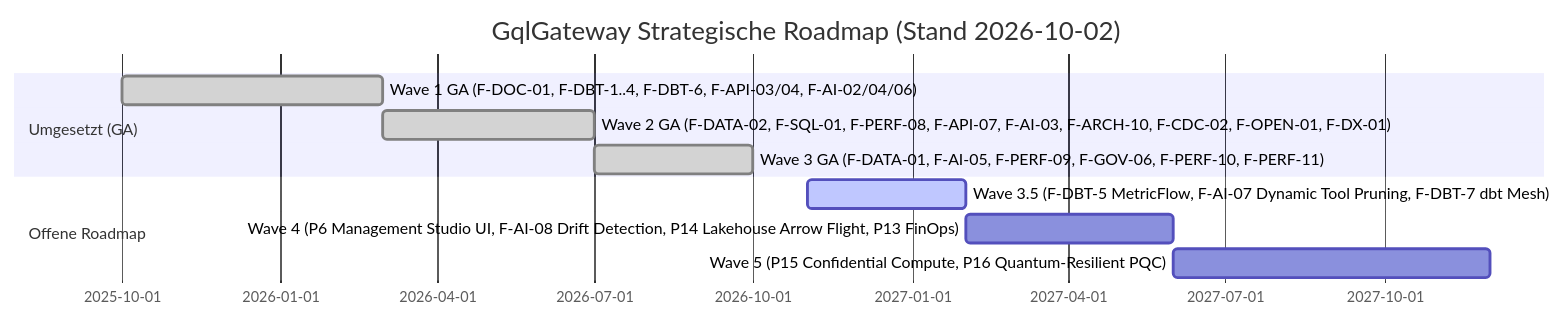
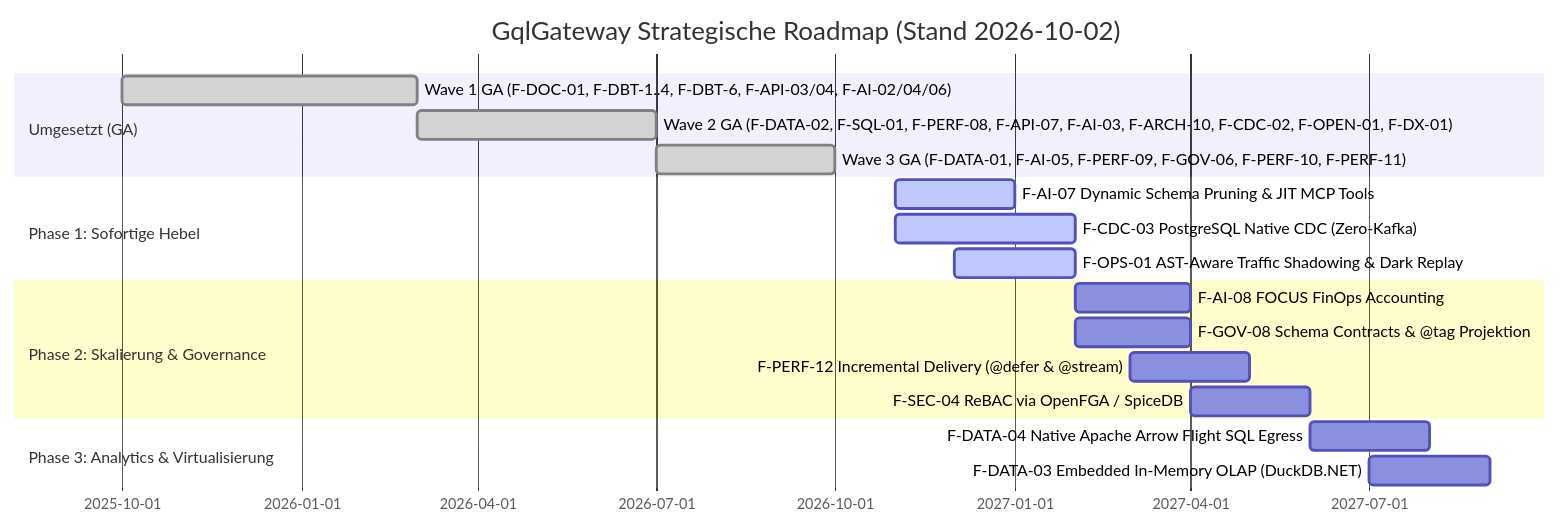
One commit to themulle/gql changed the diagram in marktanalyse.md. Above: the diagram before and after it, drawn with Mermaid. The commit also changed other lines of this file and 30 other files, not shown here.

````diff
--- a/marktanalyse.md
+++ b/marktanalyse.md
@@ -230,13 +275,21 @@
 ```mermaid
 gantt
     title GqlGateway Strategische Roadmap (Stand 2026-10-02)
     dateFormat  YYYY-MM
     section Umgesetzt (GA)
     Wave 1 GA (F-DOC-01, F-DBT-1..4, F-DBT-6, F-API-03/04, F-AI-02/04/06) :done, 2025-10, 2026-03
     Wave 2 GA (F-DATA-02, F-SQL-01, F-PERF-08, F-API-07, F-AI-03, F-ARCH-10, F-CDC-02, F-OPEN-01, F-DX-01) :done, 2026-03, 2026-07
     Wave 3 GA (F-DATA-01, F-AI-05, F-PERF-09, F-GOV-06, F-PERF-10, F-PERF-11) :done, 2026-07, 2026-10
-    section Offene Roadmap
-    Wave 3.5 (F-DBT-5 MetricFlow, F-AI-07 Dynamic Tool Pruning, F-DBT-7 dbt Mesh) :active, 2026-11, 2027-02
-    Wave 4 (P6 Management Studio UI, F-AI-08 Drift Detection, P14 Lakehouse Arrow Flight, P13 FinOps) : 2027-02, 2027-06
-    Wave 5 (P15 Confidential Compute, P16 Quantum-Resilient PQC) : 2027-06, 2027-12
+    section Phase 1: Sofortige Hebel
+    F-AI-07 Dynamic Schema Pruning & JIT MCP Tools :active, 2026-11, 2027-01
+    F-CDC-03 PostgreSQL Native CDC (Zero-Kafka) :active, 2026-11, 2027-02
+    F-OPS-01 AST-Aware Traffic Shadowing & Dark Replay :active, 2026-12, 2027-02
+    section Phase 2: Skalierung & Governance
+    F-AI-08 FOCUS FinOps Accounting : 2027-02, 2027-04
+    F-GOV-08 Schema Contracts & @tag Projektion : 2027-02, 2027-04
+    F-PERF-12 Incremental Delivery (@defer & @stream) : 2027-03, 2027-05
+    F-SEC-04 ReBAC via OpenFGA / SpiceDB : 2027-04, 2027-06
+    section Phase 3: Analytics & Virtualisierung
+    F-DATA-04 Native Apache Arrow Flight SQL Egress : 2027-06, 2027-08
+    F-DATA-03 Embedded In-Memory OLAP (DuckDB.NET) : 2027-07, 2027-09
 ```
````
